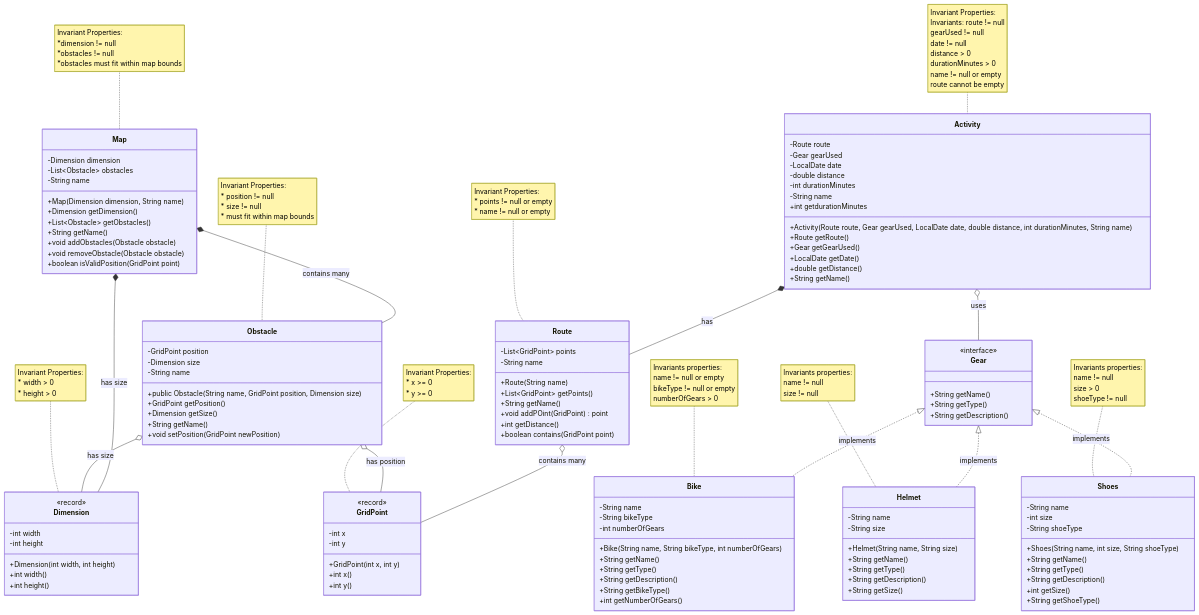
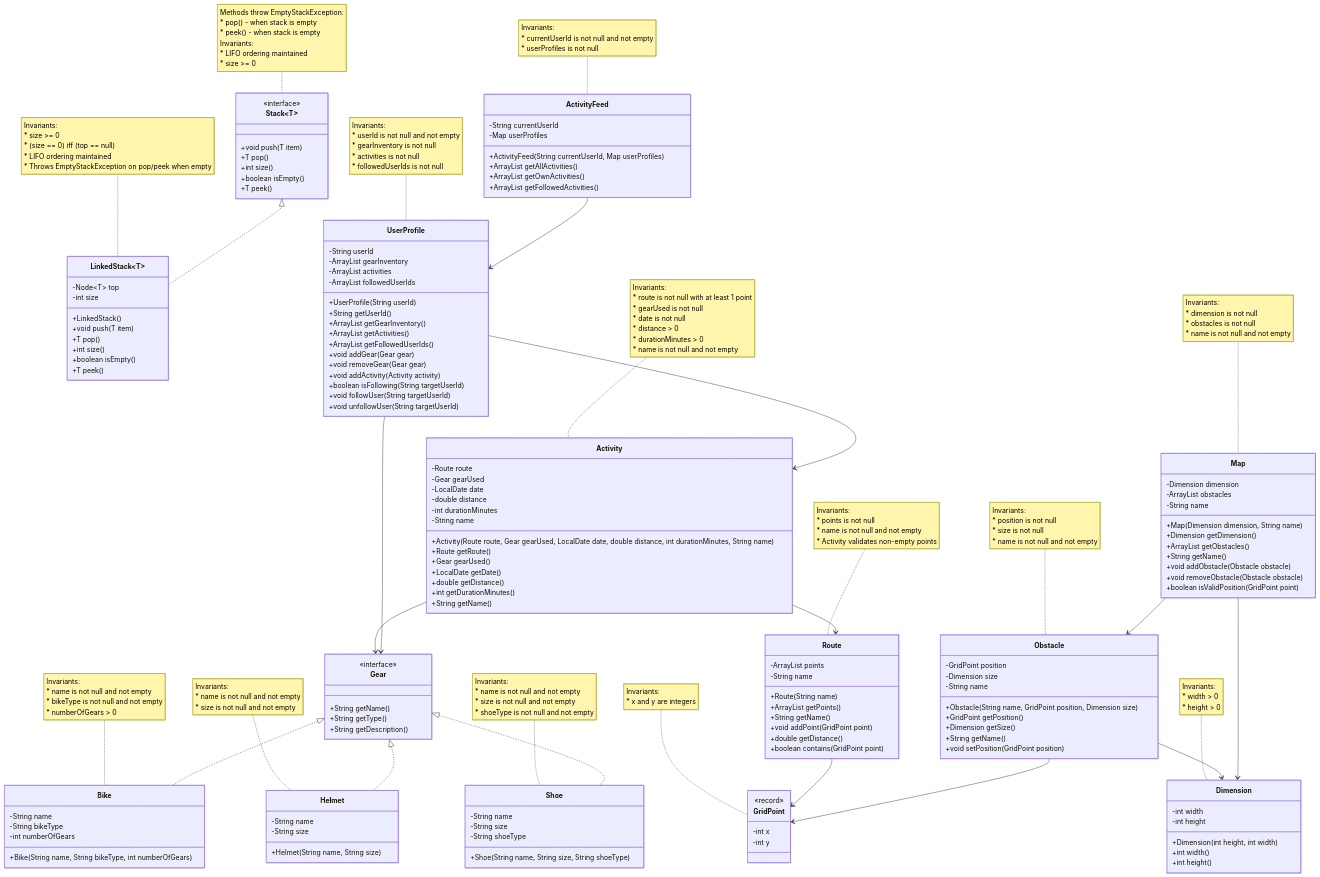
The sixth of 6 diagrams in README.md (mahinabdullah04/CycleTracker), drawn with Mermaid before and after one commit. The commit also changed other lines of this file and 30 other files, not shown here.

````diff
--- a/README.md
+++ b/README.md
@@ -24,175 +295,210 @@
 ```mermaid
 classDiagram
-    class GridPoint{
+    class GridPoint {
         <<record>>
         -int x
         -int y
-        +GridPoint (int x, int y)
-        +int x()
-        +int y()
-        
     }
-    note for GridPoint "Invariant Properties:
-     * x >= 0
-     * y >= 0 
-     "
-     
-     class Dimension{
-         <<record>>
-         -int width
-         -int height
-         +Dimension(int width, int height)
-         +int width()
-         +int height()
-         
-     }
-     note for Dimension "Invariant Properties:
+    note for GridPoint "Invariants:
+     * x and y are integers"
+
+    class Dimension {
+        -int width
+        -int height
+        +Dimension(int height, int width)
+        +int width()
+        +int height()
+    }
+    note for Dimension "Invariants:
      * width > 0
-     * height > 0
-     
-     "
-     class Obstacle{
-         -GridPoint position
-         -Dimension size
-         -String name
-         +public Obstacle(String name, GridPoint position, Dimension size)
-         +GridPoint getPosition()
-         +Dimension getSize()
-         +String getName()
-         +void setPosition(GridPoint newPosition)
-     }
-     note for Obstacle "Invariant Properties:
-     * position != null
-     * size != null
-     * must fit within map bounds
-     "
-     class Route{
-         -List~GridPoint~ points
-         -String name
-         +Route(String name)
-         +List~GridPoint~ getPoints()
-         +String getName()
-         +void addPOint(GridPoint)point
-         +int getDistance()
-         +boolean contains(GridPoint point)
-     }
-     note for Route "Invariant Properties:
-     * points != null or empty
-     * name != null or empty"
-     
-     class Map{
-         -Dimension dimension
-         -List~Obstacle~ obstacles
-         -String name
-         +Map(Dimension dimension, String name)
-         +Dimension getDimension()
-         +List~Obstacle~ getObstacles()
-         +String getName()
-         +void addObstacles(Obstacle obstacle)
-         +void removeObstacle(Obstacle obstacle)
-         +boolean isValidPosition(GridPoint point)
-     }
-     note for Map "Invariant Properties:
-     *dimension != null
-     *obstacles != null
-     *obstacles must fit within map bounds"
-     
-     class Activity{
-         -Route route
-         -Gear gearUsed
-         -LocalDate date
-         -double distance
-         -int durationMinutes
-         -String name
-         +Activity(Route route, Gear gearUsed, LocalDate date, double distance, int durationMinutes, String name)
-         +Route getRoute()
-         +Gear getGearUsed()
-         +LocalDate getDate()
-         +double getDistance()
-         +int getdurationMinutes
-         +String getName()
-     }
-     
-     note for Activity "Invariant Properties:
-     Invariants: route != null 
-     gearUsed != null 
-     date != null 
-     distance > 0 
-     durationMinutes > 0
-     name != null or empty
-     route cannot be empty"
-     
-     class Gear{
+     * height > 0"
+
+    class Route {
+        -ArrayList<GridPoint> points
+        -String name
+        +Route(String name)
+        +ArrayList<GridPoint> getPoints()
+        +String getName()
+        +void addPoint(GridPoint point)
+        +double getDistance()
+        +boolean contains(GridPoint point)
+    }
+    note for Route "Invariants:
+     * points is not null
+     * name is not null and not empty
+     * Activity validates non-empty points"
+
+    class Gear {
         <<interface>>
         +String getName()
         +String getType()
         +String getDescription()
-     }
+    }
 
     class Bike {
         -String name
         -String bikeType
         -int numberOfGears
         +Bike(String name, String bikeType, int numberOfGears)
-        +String getName()
-        +String getType()
-        +String getDescription()
-        +String getBikeType()
-        +int getNumberOfGears()
     }
-    note for Bike "Invariants properties: 
-    name != null or empty
-    bikeType != null or empty
-    numberOfGears > 0"
+    note for Bike "Invariants:
+     * name is not null and not empty
+     * bikeType is not null and not empty
+     * numberOfGears > 0"
 
     class Helmet {
         -String name
         -String size
         +Helmet(String name, String size)
+    }
+    note for Helmet "Invariants:
+     * name is not null and not empty
+     * size is not null and not empty"
+
+    class Shoe {
+        -String name
+        -String size
+        -String shoeType
+        +Shoe(String name, String size, String shoeType)
+    }
+    note for Shoe "Invariants:
+     * name is not null and not empty
+     * size is not null and not empty
+     * shoeType is not null and not empty"
+
+    class Activity {
+        -Route route
+        -Gear gearUsed
+        -LocalDate date
+        -double distance
+        -int durationMinutes
+        -String name
+        +Activity(Route route, Gear gearUsed, LocalDate date, double distance, int durationMinutes, String name)
+        +Route getRoute()
+        +Gear gearUsed()
+        +LocalDate getDate()
+        +double getDistance()
+        +int getDurationMinutes()
         +String getName()
-        +String getType()
-        +String getDescription()
-        +String getSize()
     }
-    note for Helmet "Invariants properties: 
-    name != null 
-    size != null"
+    note for Activity "Invariants:
+     * route is not null with at least 1 point
+     * gearUsed is not null
+     * date is not null
+     * distance > 0
+     * durationMinutes > 0
+     * name is not null and not empty"
 
-    class Shoes {
+    class Obstacle {
+        -GridPoint position
+        -Dimension size
         -String name
+        +Obstacle(String name, GridPoint position, Dimension size)
+        +GridPoint getPosition()
+        +Dimension getSize()
+        +String getName()
+        +void setPosition(GridPoint position)
+    }
+    note for Obstacle "Invariants:
+     * position is not null
+     * size is not null
+     * name is not null and not empty"
+
+    class Map {
+        -Dimension dimension
+        -ArrayList<Obstacle> obstacles
+        -String name
+        +Map(Dimension dimension, String name)
+        +Dimension getDimension()
+        +ArrayList<Obstacle> getObstacles()
+        +String getName()
+        +void addObstacle(Obstacle obstacle)
+        +void removeObstacle(Obstacle obstacle)
+        +boolean isValidPosition(GridPoint point)
+    }
+    note for Map "Invariants:
+     * dimension is not null
+     * obstacles is not null
+     * name is not null and not empty"
+
+    class Stack~T~ {
+        <<interface>>
+        +void push(T item)
+        +T pop()
+        +int size()
+        +boolean isEmpty()
+        +T peek()
+    }
+    note for Stack "Methods throw EmptyStackException:
+     * pop() - when stack is empty
+     * peek() - when stack is empty
+     Invariants:
+     * LIFO ordering maintained
+     * size >= 0"
+
+    class LinkedStack~T~ {
+        -Node~T~ top
         -int size
-        -String shoeType
-        +Shoes(String name, int size, String shoeType)
-        +String getName()
-        +String getType()
-        +String getDescription()
-        +int getSize()
-        +String getShoeType()
+        +LinkedStack()
+        +void push(T item)
+        +T pop()
+        +int size()
+        +boolean isEmpty()
+        +T peek()
     }
-    note for Shoes "Invariants properties: 
-    name != null 
-    size > 0 
-    shoeType != null"
+    note for LinkedStack "Invariants:
+     * size >= 0
+     * (size == 0) iff (top == null)
+     * LIFO ordering maintained
+     * Throws EmptyStackException on pop/peek when empty"
 
-%% Inheritance/Implementation
-    Gear <|.. Bike : implements
-    Gear <|.. Helmet : implements
-    Gear <|.. Shoes : implements
+    class UserProfile {
+        -String userId
+        -ArrayList<Gear> gearInventory
+        -ArrayList<Activity> activities
+        -ArrayList<String> followedUserIds
+        +UserProfile(String userId)
+        +String getUserId()
+        +ArrayList<Gear> getGearInventory()
+        +ArrayList<Activity> getActivities()
+        +ArrayList<String> getFollowedUserIds()
+        +void addGear(Gear gear)
+        +void removeGear(Gear gear)
+        +void addActivity(Activity activity)
+        +boolean isFollowing(String targetUserId)
+        +void followUser(String targetUserId)
+        +void unfollowUser(String targetUserId)
+    }
+    note for UserProfile "Invariants:
+     * userId is not null and not empty
+     * gearInventory is not null
+     * activities is not null
+     * followedUserIds is not null"
 
-%% Obstacle relationships
-    Obstacle o-- GridPoint : has position
-    Obstacle o-- Dimension : has size
+    class ActivityFeed {
+        -String currentUserId
+        -Map<String, UserProfile> userProfiles
+        +ActivityFeed(String currentUserId, Map<String, UserProfile> userProfiles)
+        +ArrayList<Activity> getAllActivities()
+        +ArrayList<Activity> getOwnActivities()
+        +ArrayList<Activity> getFollowedActivities()
+    }
+    note for ActivityFeed "Invariants:
+     * currentUserId is not null and not empty
+     * userProfiles is not null"
 
-%% Route relationships
-    Route o-- GridPoint : contains many
-
-%% Map relationships
-    Map *-- Dimension : has size
-    Map *-- Obstacle : contains many
-
-%% Activity relationships
-    Activity *-- Route : has
-    Activity o-- Gear : uses
-
-
+    Gear <|.. Bike
+    Gear <|.. Helmet
+    Gear <|.. Shoe
+    Activity --> Route
+    Activity --> Gear
+    Route --> GridPoint
+    Obstacle --> GridPoint
+    Obstacle --> Dimension
+    Map --> Dimension
+    Map --> Obstacle
+    Stack <|.. LinkedStack
+    UserProfile --> Gear
+    UserProfile --> Activity
+    ActivityFeed --> UserProfile
 ```
````
